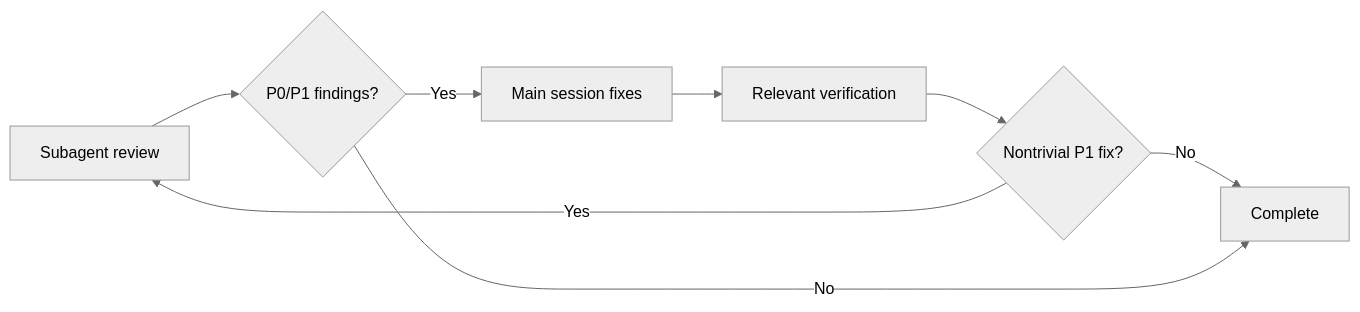
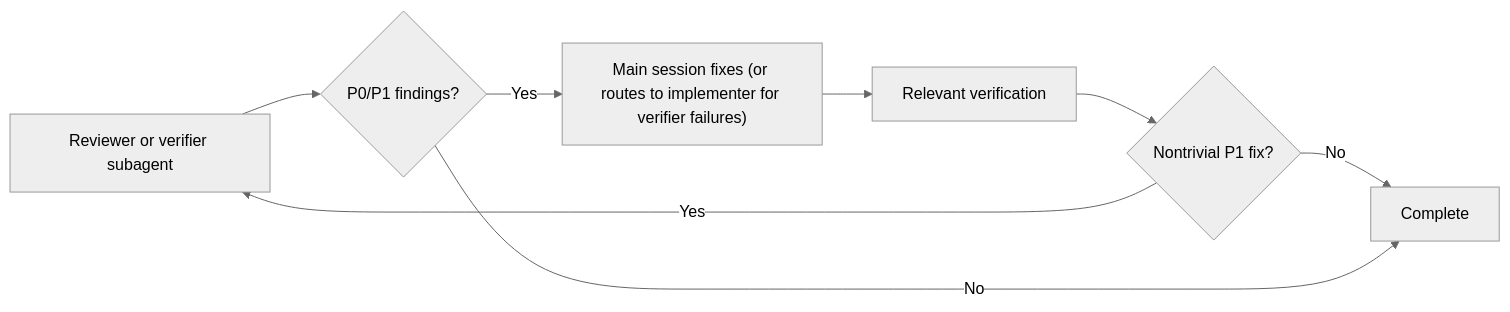
One commit to x1han/light-rip changed the second of 2 diagrams in README.md. Above: the diagram before and after it, drawn with Mermaid (neutral theme). The commit also changed other lines of this file and 2 other files, not shown here.

First line of the commit message:
feat: add pre-work review and independent verifier to medium/large

````diff
--- a/README.md
+++ b/README.md
@@ -33,10 +52,10 @@
 ```mermaid
 flowchart LR
-    A["Subagent review"] --> B{"P0/P1 findings?"}
-    B -->|"Yes"| C["Main session fixes"]
+    A["Reviewer or verifier subagent"] --> B{"P0/P1 findings?"}
+    B -->|"Yes"| C["Main session fixes (or routes to implementer for verifier failures)"]
     C --> D["Relevant verification"]
     D --> E{"Nontrivial P1 fix?"}
     E -->|"Yes"| A
     E -->|"No"| F["Complete"]
     B -->|"No"| F
 ```
````
